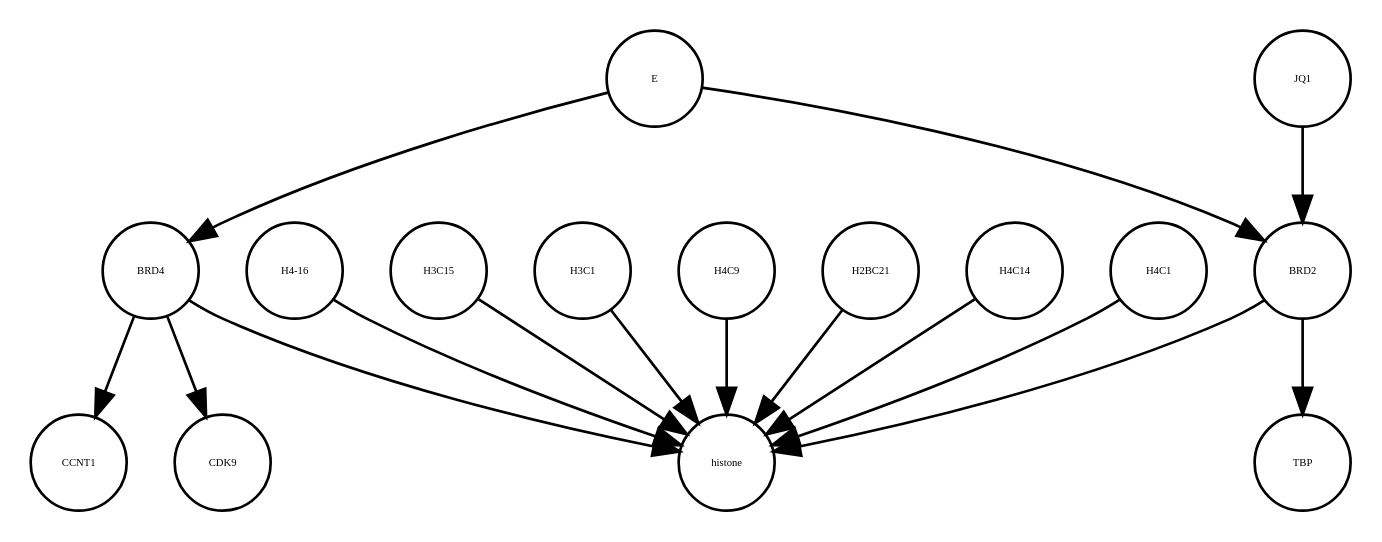
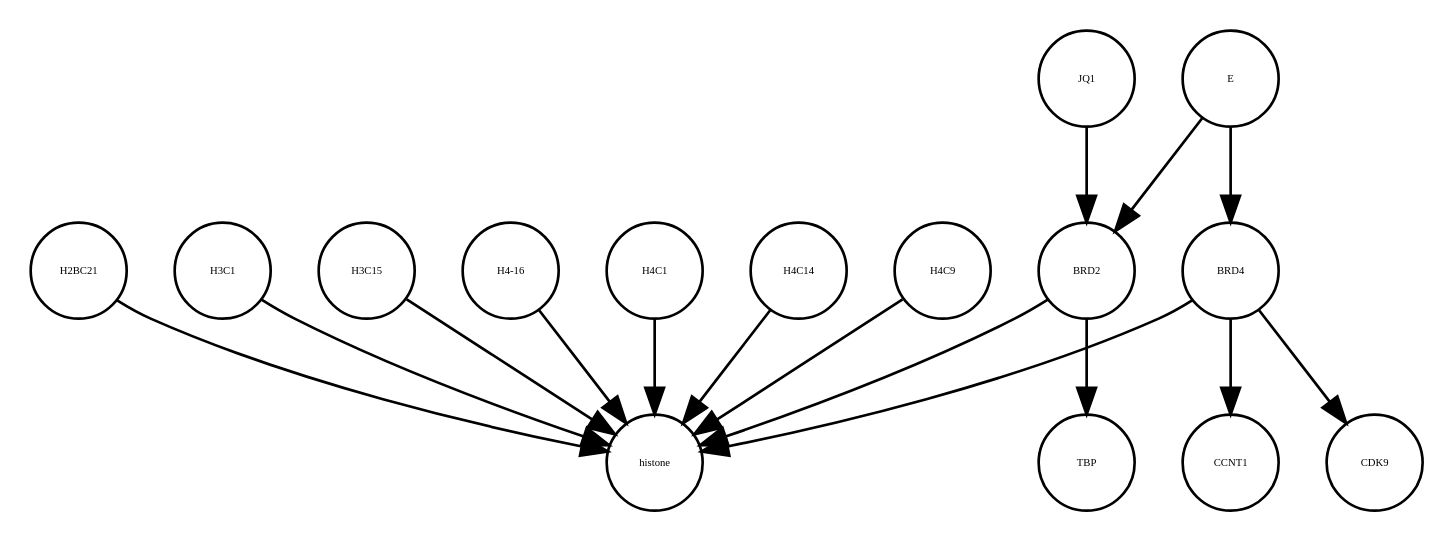
The diagram in E_SARS_CoV_2_22_05_2020.xml_projected.dot (cannin/covid19-sbgn), drawn with Graphviz before and after one commit. The commit also changed other lines of this file and 637 other files, not shown here.

```diff
--- a/E_SARS_CoV_2_22_05_2020.xml_projected.dot
+++ b/E_SARS_CoV_2_22_05_2020.xml_projected.dot
@@ -1,32 +1,32 @@
 strict digraph  {
+histone [annotation="", bipartite=0, cls=complex, fontsize=4, label=histone, shape=circle];
+CCNT1 [annotation="", bipartite=0, cls=macromolecule, fontsize=4, label=CCNT1, shape=circle];
+H3C1 [annotation="", bipartite=0, cls=macromolecule, fontsize=4, label=H3C1, shape=circle];
+E [annotation=urn_miriam_ncbiprotein_BCD58755, bipartite=0, cls=macromolecule, fontsize=4, label=E, shape=circle];
+CDK9 [annotation="", bipartite=0, cls=macromolecule, fontsize=4, label=CDK9, shape=circle];
+H3C15 [annotation="", bipartite=0, cls=macromolecule, fontsize=4, label=H3C15, shape=circle];
+"H4-16" [annotation="", bipartite=0, cls=macromolecule, fontsize=4, label="H4-16", shape=circle];
+JQ1 [annotation="", bipartite=0, cls=macromolecule, fontsize=4, label=JQ1, shape=circle];
+H4C1 [annotation="", bipartite=0, cls=macromolecule, fontsize=4, label=H4C1, shape=circle];
+H4C14 [annotation="", bipartite=0, cls=macromolecule, fontsize=4, label=H4C14, shape=circle];
+H4C9 [annotation="", bipartite=0, cls=macromolecule, fontsize=4, label=H4C9, shape=circle];
+H2BC21 [annotation="", bipartite=0, cls=macromolecule, fontsize=4, label=H2BC21, shape=circle];
+BRD2 [annotation="", bipartite=0, cls=macromolecule, fontsize=4, label=BRD2, shape=circle];
 BRD4 [annotation="", bipartite=0, cls=macromolecule, fontsize=4, label=BRD4, shape=circle];
 TBP [annotation="", bipartite=0, cls=macromolecule, fontsize=4, label=TBP, shape=circle];
-"H4-16" [annotation="", bipartite=0, cls=macromolecule, fontsize=4, label="H4-16", shape=circle];
-JQ1 [annotation="", bipartite=0, cls=macromolecule, fontsize=4, label=JQ1, shape=circle];
-H3C15 [annotation="", bipartite=0, cls=macromolecule, fontsize=4, label=H3C15, shape=circle];
-H3C1 [annotation="", bipartite=0, cls=macromolecule, fontsize=4, label=H3C1, shape=circle];
-H4C9 [annotation="", bipartite=0, cls=macromolecule, fontsize=4, label=H4C9, shape=circle];
-CCNT1 [annotation="", bipartite=0, cls=macromolecule, fontsize=4, label=CCNT1, shape=circle];
-CDK9 [annotation="", bipartite=0, cls=macromolecule, fontsize=4, label=CDK9, shape=circle];
-E [annotation=urn_miriam_ncbiprotein_BCD58755, bipartite=0, cls=macromolecule, fontsize=4, label=E, shape=circle];
-H2BC21 [annotation="", bipartite=0, cls=macromolecule, fontsize=4, label=H2BC21, shape=circle];
-BRD2 [annotation="", bipartite=0, cls=macromolecule, fontsize=4, label=BRD2, shape=circle];
-H4C14 [annotation="", bipartite=0, cls=macromolecule, fontsize=4, label=H4C14, shape=circle];
-histone [annotation="", bipartite=0, cls=complex, fontsize=4, label=histone, shape=circle];
-H4C1 [annotation="", bipartite=0, cls=macromolecule, fontsize=4, label=H4C1, shape=circle];
-BRD4 -> histone  [annotation="urn_miriam_doi_10.1038%2Fnsmb.3228.|urn_miriam_doi_10.1016%2Fj.molcel.2008.01.018", interaction_type=catalysis];
-BRD4 -> CCNT1  [annotation="", interaction_type=catalysis];
-BRD4 -> CDK9  [annotation=urn_miriam_taxonomy_10090, interaction_type=catalysis];
+H3C1 -> histone  [annotation="", interaction_type=production];
+E -> BRD4  [annotation="urn_miriam_doi_10.1038%2Fs41586-020-2286-9", interaction_type=inhibition];
+E -> BRD2  [annotation="urn_miriam_doi_10.1038%2Fs41586-020-2286-9|urn_miriam_doi_10.1080%2F15592294.2018.1469891", interaction_type=inhibition];
+H3C15 -> histone  [annotation="", interaction_type=production];
 "H4-16" -> histone  [annotation="", interaction_type=production];
 JQ1 -> BRD2  [annotation="urn_miriam_doi_10.1038%2Fs41586-020-2286-9|urn_miriam_doi_10.1080%2F15592294.2018.1469891", interaction_type=inhibition];
-H3C15 -> histone  [annotation="", interaction_type=production];
-H3C1 -> histone  [annotation="", interaction_type=production];
+H4C1 -> histone  [annotation="", interaction_type=production];
+H4C14 -> histone  [annotation="", interaction_type=production];
 H4C9 -> histone  [annotation="", interaction_type=production];
-E -> BRD4  [annotation="urn_miriam_doi_10.1038%2Fs41586-020-2286-9", interaction_type=inhibition];
-E -> BRD2  [annotation="urn_miriam_doi_10.1038%2Fs41586-020-2286-9|urn_miriam_doi_10.1080%2F15592294.2018.1469891", interaction_type=inhibition];
 H2BC21 -> histone  [annotation="", interaction_type=production];
+BRD2 -> histone  [annotation="urn_miriam_doi_10.1038%2Fnsmb.3228.|urn_miriam_doi_10.1016%2Fj.molcel.2008.01.018", interaction_type=catalysis];
 BRD2 -> TBP  [annotation="urn_miriam_doi_10.1007%2Fs11010-006-9223-6", interaction_type=catalysis];
-BRD2 -> histone  [annotation="urn_miriam_doi_10.1038%2Fnsmb.3228.|urn_miriam_doi_10.1016%2Fj.molcel.2008.01.018", interaction_type=catalysis];
-H4C14 -> histone  [annotation="", interaction_type=production];
-H4C1 -> histone  [annotation="", interaction_type=production];
+BRD4 -> histone  [annotation="urn_miriam_doi_10.1038%2Fnsmb.3228.|urn_miriam_doi_10.1016%2Fj.molcel.2008.01.018", interaction_type=catalysis];
+BRD4 -> CDK9  [annotation=urn_miriam_taxonomy_10090, interaction_type=catalysis];
+BRD4 -> CCNT1  [annotation="", interaction_type=catalysis];
 }
```
